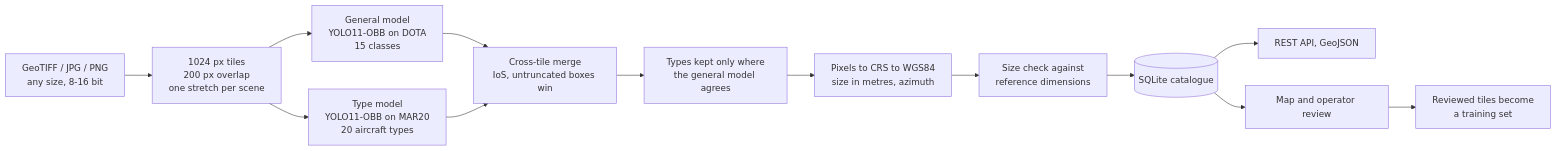
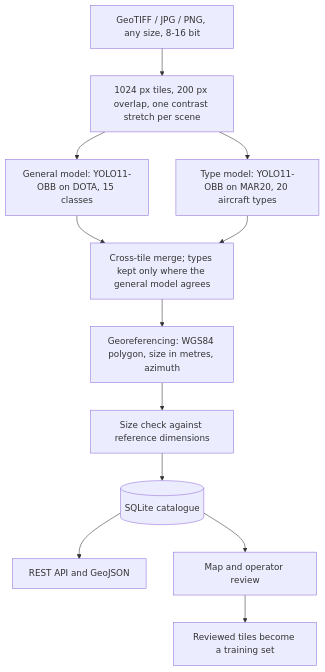
Before and after one commit to miss-mississippi/muxxed_defence_tech: the diagram in README.md, drawn with Mermaid.

Commit message:
Make the README diagram readable

````diff
--- a/README.md
+++ b/README.md
@@ -49,15 +49,13 @@
 ```mermaid
-flowchart LR
-    A["GeoTIFF / JPG / PNG<br/>any size, 8-16 bit"] --> B["1024 px tiles<br/>200 px overlap<br/>one stretch per scene"]
-    B --> C["General model<br/>YOLO11-OBB on DOTA<br/>15 classes"]
-    B --> D["Type model<br/>YOLO11-OBB on MAR20<br/>20 aircraft types"]
-    C --> E["Cross-tile merge<br/>IoS, untruncated boxes win"]
-    D --> E
-    E --> F["Types kept only where<br/>the general model agrees"]
-    F --> G["Pixels to CRS to WGS84<br/>size in metres, azimuth"]
-    G --> H["Size check against<br/>reference dimensions"]
-    H --> I[("SQLite catalogue")]
-    I --> J["REST API, GeoJSON"]
-    I --> K["Map and operator review"]
-    K --> L["Reviewed tiles become<br/>a training set"]
+flowchart TB
+    A["GeoTIFF / JPG / PNG, any size, 8-16 bit"] --> B["1024 px tiles, 200 px overlap, one contrast stretch per scene"]
+    B --> C["General model: YOLO11-OBB on DOTA, 15 classes"]
+    B --> D["Type model: YOLO11-OBB on MAR20, 20 aircraft types"]
+    C & D --> E["Cross-tile merge; types kept only where the general model agrees"]
+    E --> F["Georeferencing: WGS84 polygon, size in metres, azimuth"]
+    F --> G["Size check against reference dimensions"]
+    G --> H[("SQLite catalogue")]
+    H --> I["REST API and GeoJSON"]
+    H --> J["Map and operator review"]
+    J --> K["Reviewed tiles become a training set"]
 ```
````
